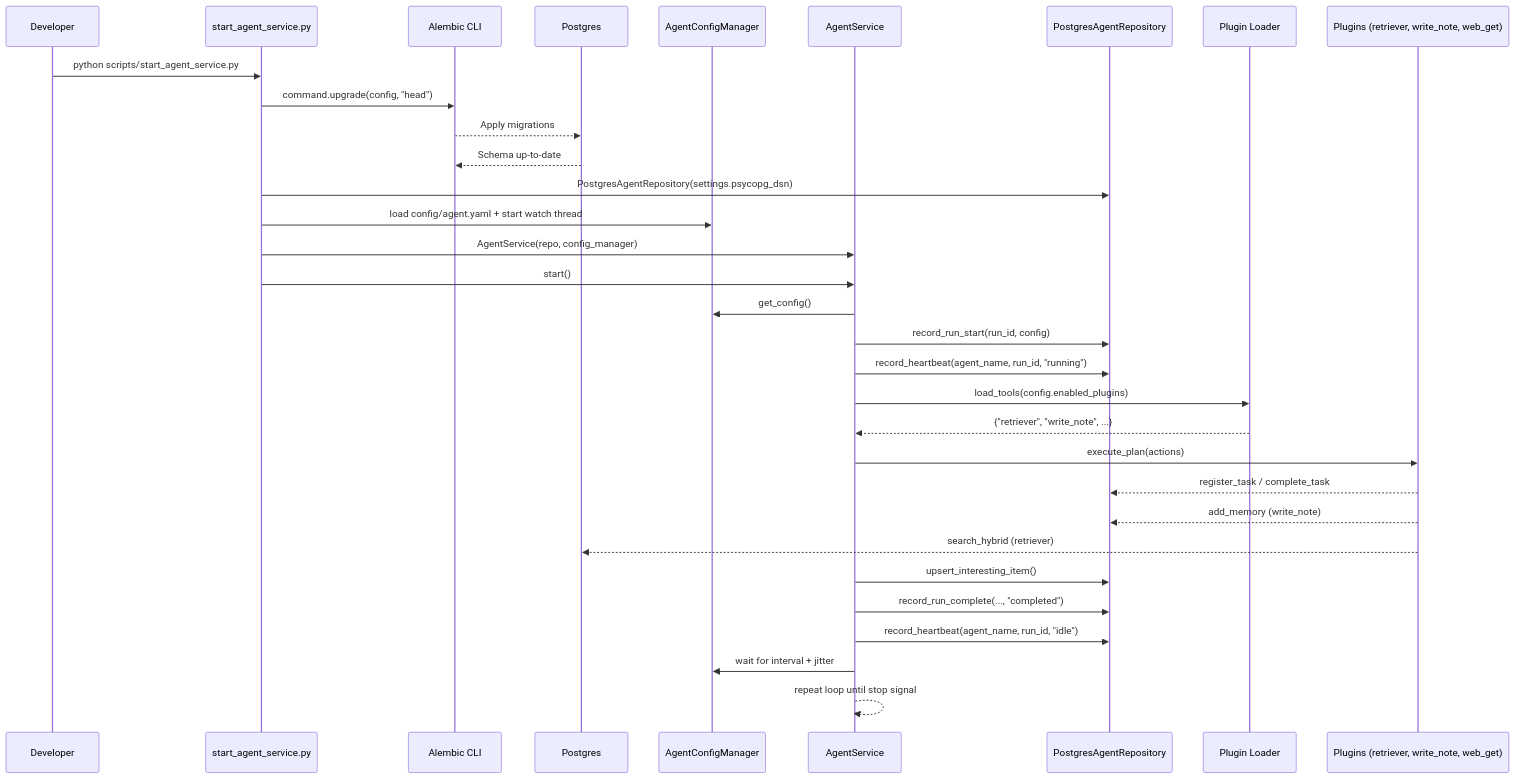
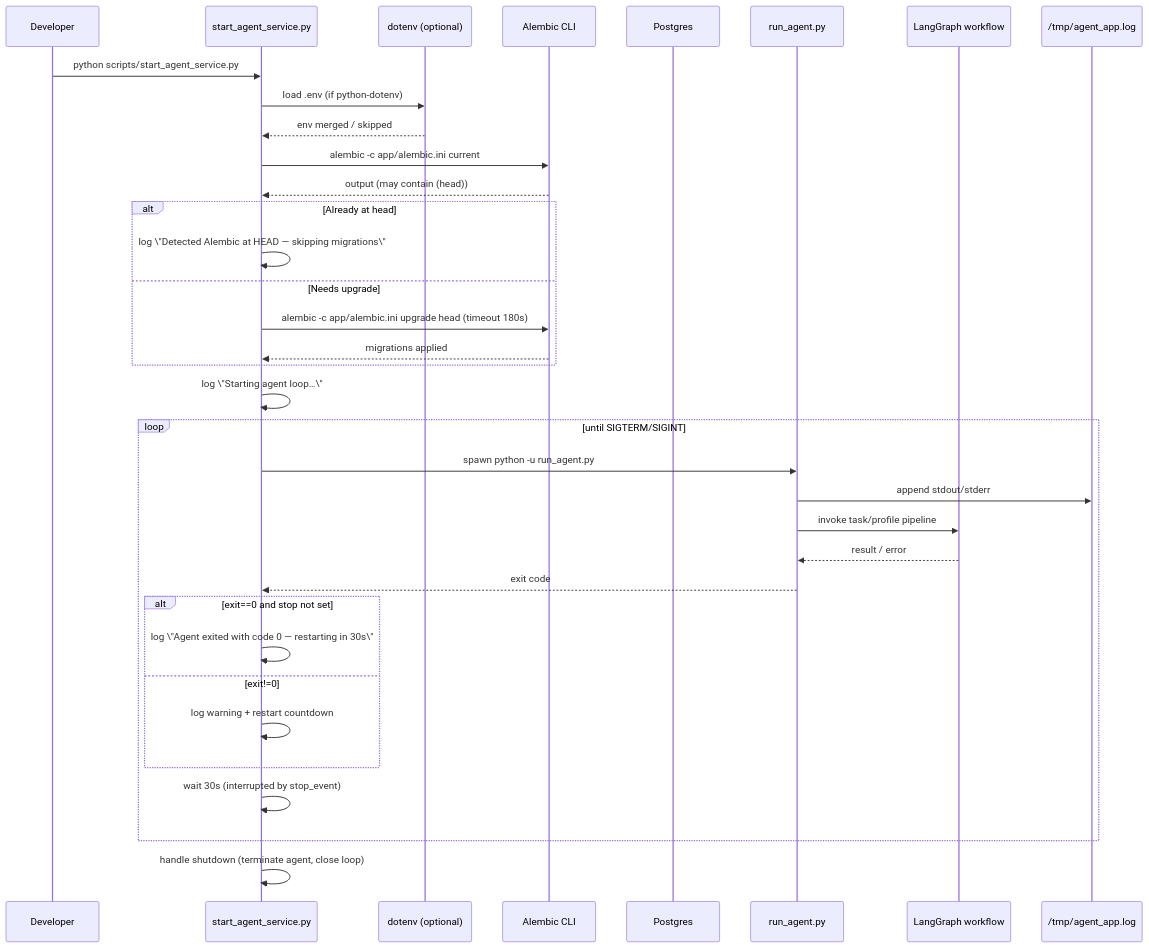
The diagram in docs/uml/agent_sequence.md (RasmusTho/agentic-pkm-mvp), drawn with Mermaid before and after one commit. The commit also changed other lines of this file and 7 other files, not shown here.

````diff
--- a/docs/uml/agent_sequence.md
+++ b/docs/uml/agent_sequence.md
@@ -3,35 +3,38 @@
 ```mermaid
 sequenceDiagram
     participant Dev as Developer
-    participant CLI as start_agent_service.py
+    participant Sup as start_agent_service.py
+    participant Env as dotenv (optional)
     participant Alembic as Alembic CLI
     participant PG as Postgres
-    participant ConfigMgr as AgentConfigManager
-    participant Service as AgentService
-    participant Repo as PostgresAgentRepository
-    participant Plugins as Plugin Loader
-    participant Tools as Plugins (retriever, write_note, web_get)
+    participant Agent as run_agent.py
+    participant Graph as LangGraph workflow
+    participant Log as /tmp/agent_app.log
 
-    Dev->>CLI: python scripts/start_agent_service.py
-    CLI->>Alembic: command.upgrade(config, "head")
-    Alembic-->>PG: Apply migrations
-    PG-->>Alembic: Schema up-to-date
-    CLI->>Repo: PostgresAgentRepository(settings.psycopg_dsn)
-    CLI->>ConfigMgr: load config/agent.yaml + start watch thread
-    CLI->>Service: AgentService(repo, config_manager)
-    CLI->>Service: start()
-    Service->>ConfigMgr: get_config()
-    Service->>Repo: record_run_start(run_id, config)
-    Service->>Repo: record_heartbeat(agent_name, run_id, "running")
-    Service->>Plugins: load_tools(config.enabled_plugins)
-    Plugins-->>Service: {"retriever", "write_note", ...}
-    Service->>Tools: execute_plan(actions)
-    Tools-->>Repo: register_task / complete_task
-    Tools-->>Repo: add_memory (write_note)
-    Tools-->>PG: search_hybrid (retriever)
-    Service->>Repo: upsert_interesting_item()
-    Service->>Repo: record_run_complete(..., "completed")
-    Service->>Repo: record_heartbeat(agent_name, run_id, "idle")
-    Service->>ConfigMgr: wait for interval + jitter
-    Service-->>Service: repeat loop until stop signal
+    Dev->>Sup: python scripts/start_agent_service.py
+    Sup->>Env: load .env (if python-dotenv)
+    Env-->>Sup: env merged / skipped
+    Sup->>Alembic: alembic -c app/alembic.ini current
+    Alembic-->>Sup: output (may contain (head))
+    alt Already at head
+        Sup->>Sup: log \"Detected Alembic at HEAD — skipping migrations\"
+    else Needs upgrade
+        Sup->>Alembic: alembic -c app/alembic.ini upgrade head (timeout 180s)
+        Alembic-->>Sup: migrations applied
+    end
+    Sup->>Sup: log \"Starting agent loop…\"
+    loop until SIGTERM/SIGINT
+        Sup->>Agent: spawn python -u run_agent.py
+        Agent->>Log: append stdout/stderr
+        Agent->>Graph: invoke task/profile pipeline
+        Graph-->>Agent: result / error
+        Agent-->>Sup: exit code
+        alt exit==0 and stop not set
+            Sup->>Sup: log \"Agent exited with code 0 — restarting in 30s\"
+        else exit!=0
+            Sup->>Sup: log warning + restart countdown
+        end
+        Sup->>Sup: wait 30s (interrupted by stop_event)
+    end
+    Sup->>Sup: handle shutdown (terminate agent, close loop)
 ```
````
